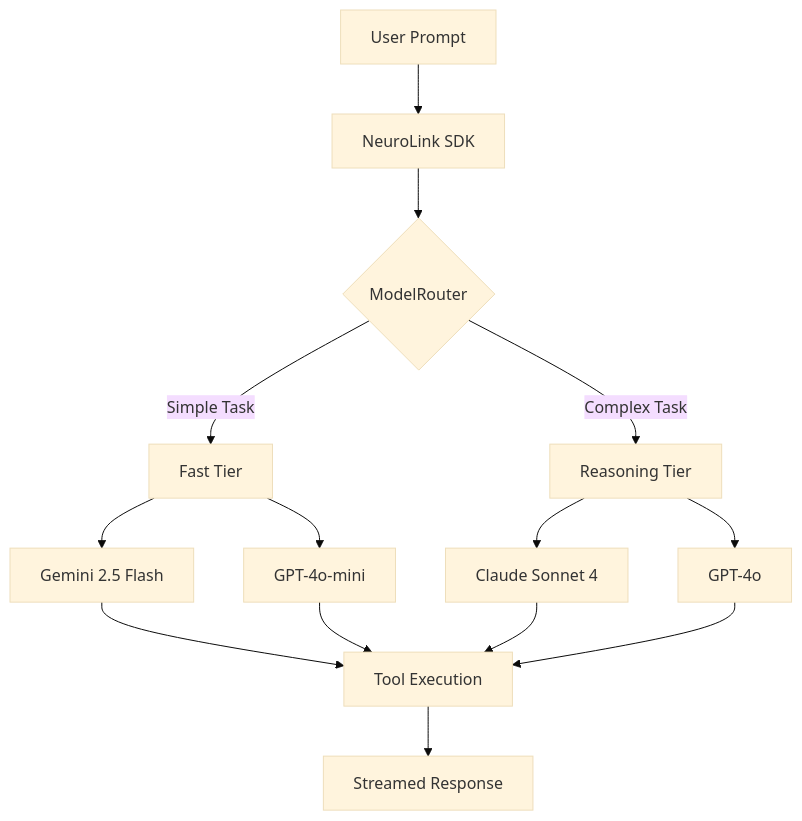
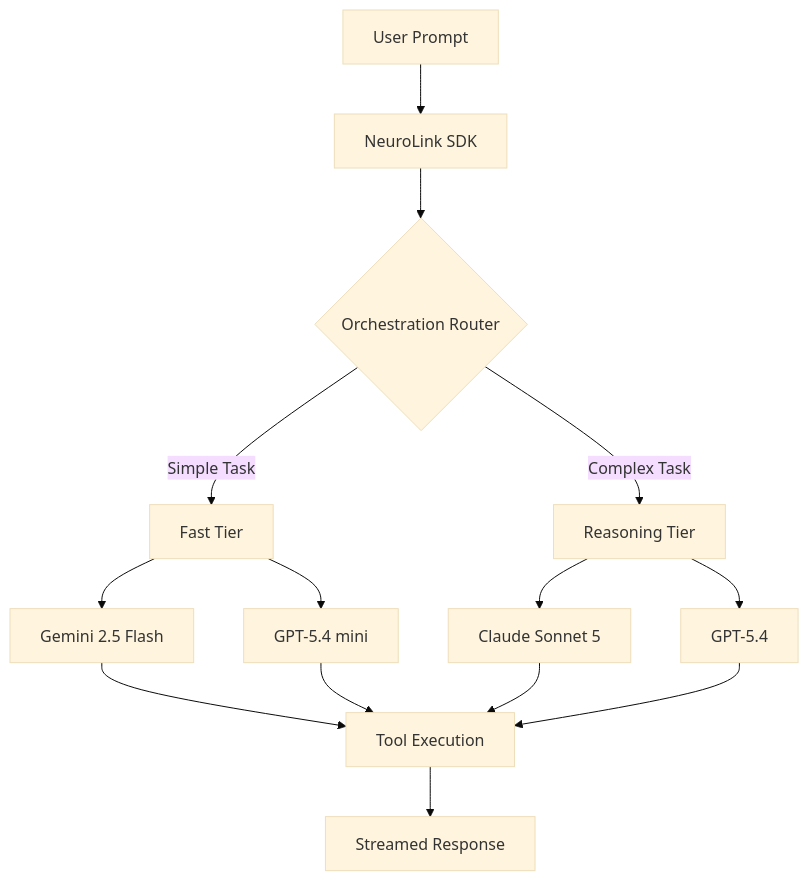
The diagram in _posts/2025-09-15-multi-provider-ai-agent-typescript.md (juspay/neurolink-blog), drawn with Mermaid (base theme) before and after one commit. The commit also changed other lines of this file and 172 other files, not shown here.

````diff
--- a/_posts/2025-09-15-multi-provider-ai-agent-typescript.md
+++ b/_posts/2025-09-15-multi-provider-ai-agent-typescript.md
@@ -281,16 +277,16 @@
 ```mermaid
 flowchart TD
     A[User Prompt] --> B[NeuroLink SDK]
-    B --> C{ModelRouter}
+    B --> C{Orchestration Router}
     C -->|Simple Task| D[Fast Tier]
     C -->|Complex Task| E[Reasoning Tier]
     D --> F[Gemini 2.5 Flash]
-    D --> G[GPT-4o-mini]
-    E --> H[Claude Sonnet 4]
-    E --> I[GPT-4o]
+    D --> G[GPT-5.4 mini]
+    E --> H[Claude Sonnet 5]
+    E --> I[GPT-5.4]
     F --> J[Tool Execution]
     G --> J
     H --> J
     I --> J
     J --> K[Streamed Response]
 ```
````
